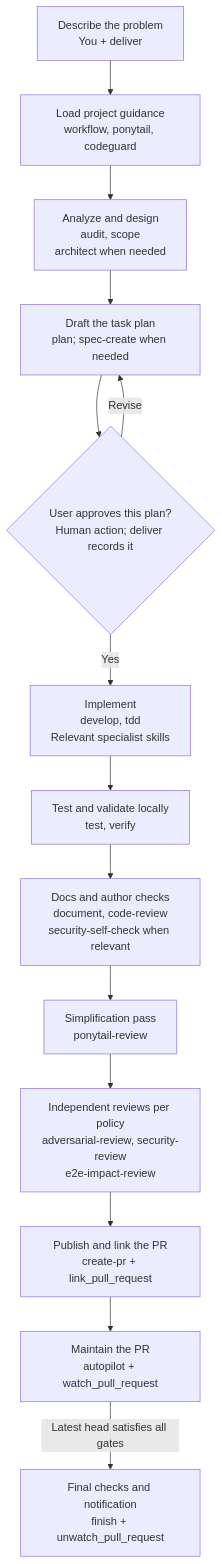
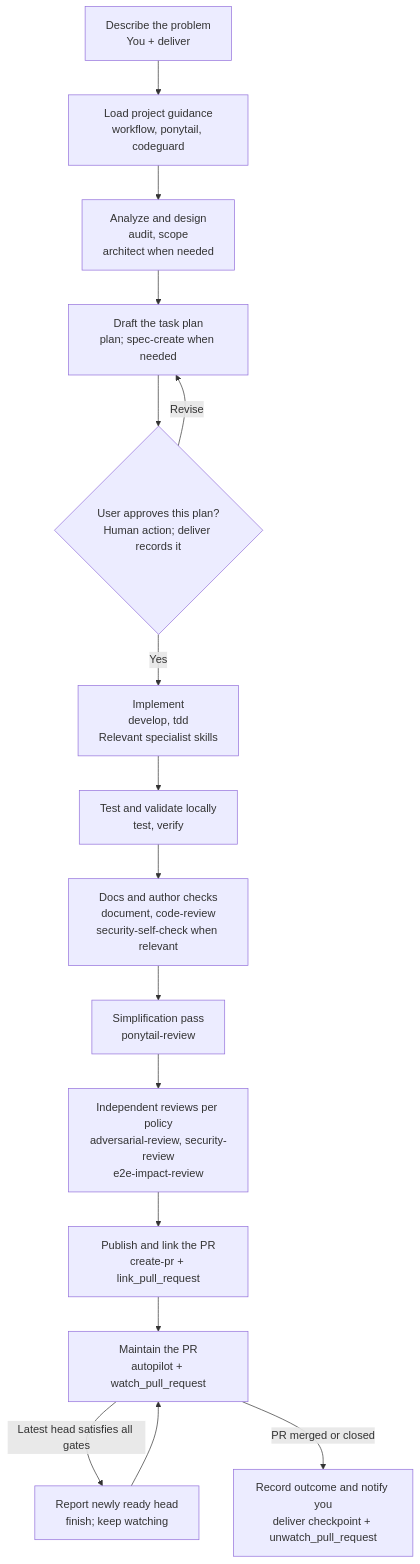
The first of 3 diagrams in README.md (Saty248/agent-workflows), drawn with Mermaid before and after one commit. The commit also changed other lines of this file and 6 other files, not shown here.

Commit message:
feat(deliver): maintain PRs through merge or closure

````diff
--- a/README.md
+++ b/README.md
@@ -106,16 +107,18 @@
 ```mermaid
 flowchart TD
     problem["Describe the problem<br/>You + deliver"] --> context["Load project guidance<br/>workflow, ponytail, codeguard"]
     context --> analyze["Analyze and design<br/>audit, scope<br/>architect when needed"]
     analyze --> plan["Draft the task plan<br/>plan; spec-create when needed"]
     plan --> approval{"User approves this plan?<br/>Human action; deliver records it"}
     approval -->|Revise| plan
     approval -->|Yes| implement["Implement<br/>develop, tdd<br/>Relevant specialist skills"]
     implement --> validate["Test and validate locally<br/>test, verify"]
     validate --> docs["Docs and author checks<br/>document, code-review<br/>security-self-check when relevant"]
     docs --> simplify["Simplification pass<br/>ponytail-review"]
     simplify --> reviews["Independent reviews per policy<br/>adversarial-review, security-review<br/>e2e-impact-review"]
     reviews --> publish["Publish and link the PR<br/>create-pr + link_pull_request"]
     publish --> maintain["Maintain the PR<br/>autopilot + watch_pull_request"]
-    maintain -->|Latest head satisfies all gates| finish["Final checks and notification<br/>finish + unwatch_pull_request"]
+    maintain -->|Latest head satisfies all gates| ready["Report newly ready head<br/>finish; keep watching"]
+    ready --> maintain
+    maintain -->|PR merged or closed| finish["Record outcome and notify you<br/>deliver checkpoint + unwatch_pull_request"]
 ```
````
